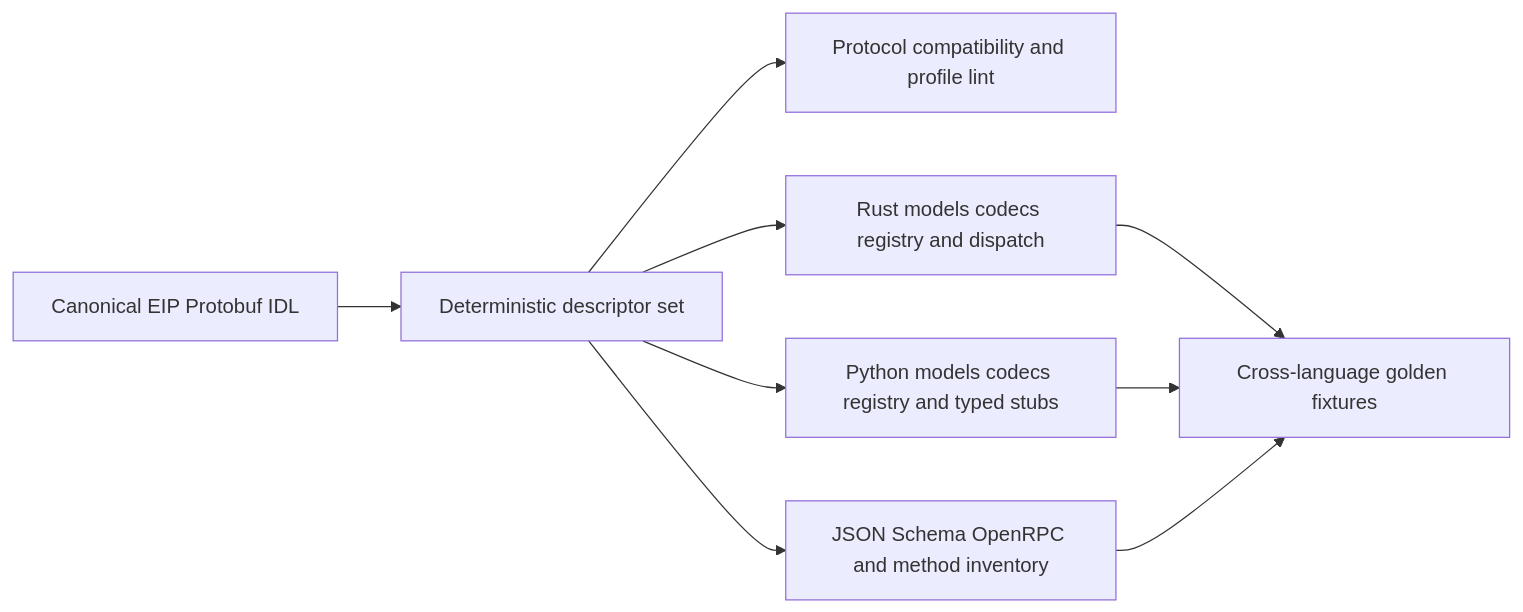
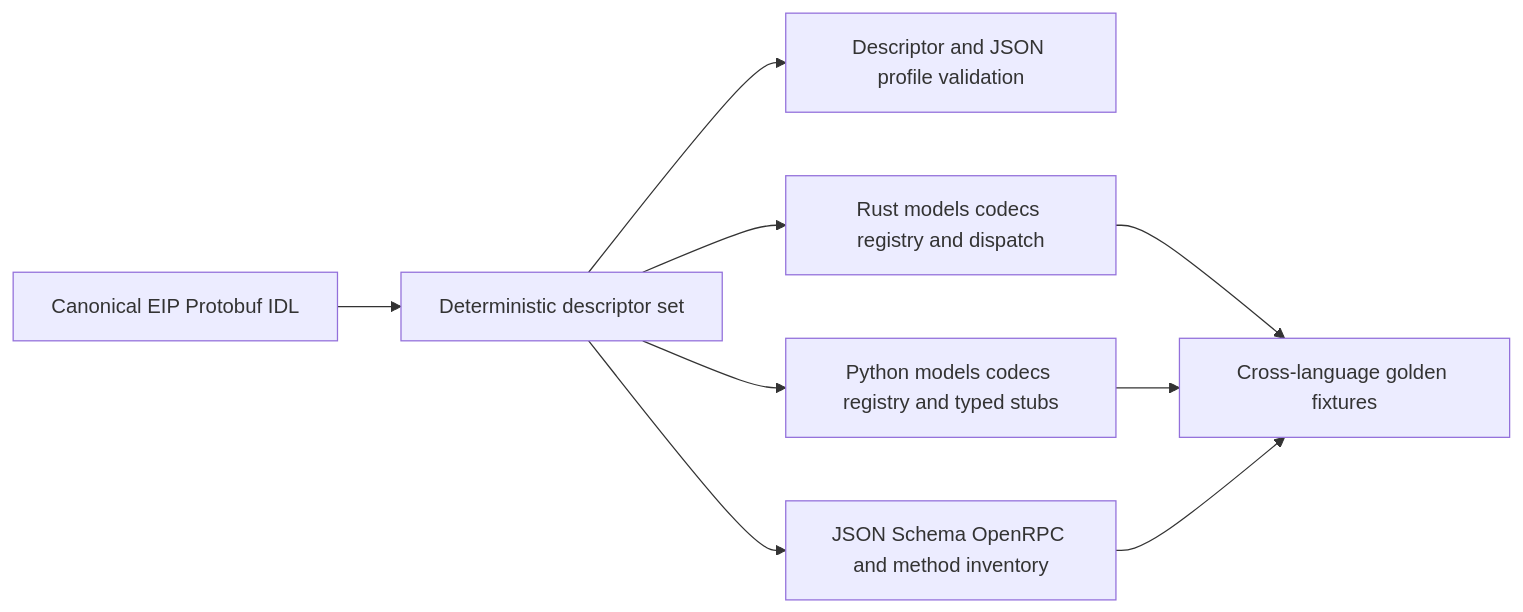
The first of 2 diagrams in spec/agent-envd/08-protocol-source-client-and-generation.md (LTThreeComma/agent-foundation), drawn with Mermaid before and after one commit. The commit also changed other lines of this file and 43 other files, not shown here.

````diff
--- a/spec/agent-envd/08-protocol-source-client-and-generation.md
+++ b/spec/agent-envd/08-protocol-source-client-and-generation.md
@@ -73,11 +76,11 @@
 ```mermaid
 flowchart LR
     IDL[Canonical EIP Protobuf IDL] --> Descriptor[Deterministic descriptor set]
-    Descriptor --> Lint[Protocol compatibility and profile lint]
+    Descriptor --> Lint[Descriptor and JSON profile validation]
     Descriptor --> Rust[Rust models codecs registry and dispatch]
     Descriptor --> Python[Python models codecs registry and typed stubs]
     Descriptor --> Docs[JSON Schema OpenRPC and method inventory]
     Rust --> Fixtures[Cross-language golden fixtures]
     Python --> Fixtures
     Docs --> Fixtures
 ```
````
